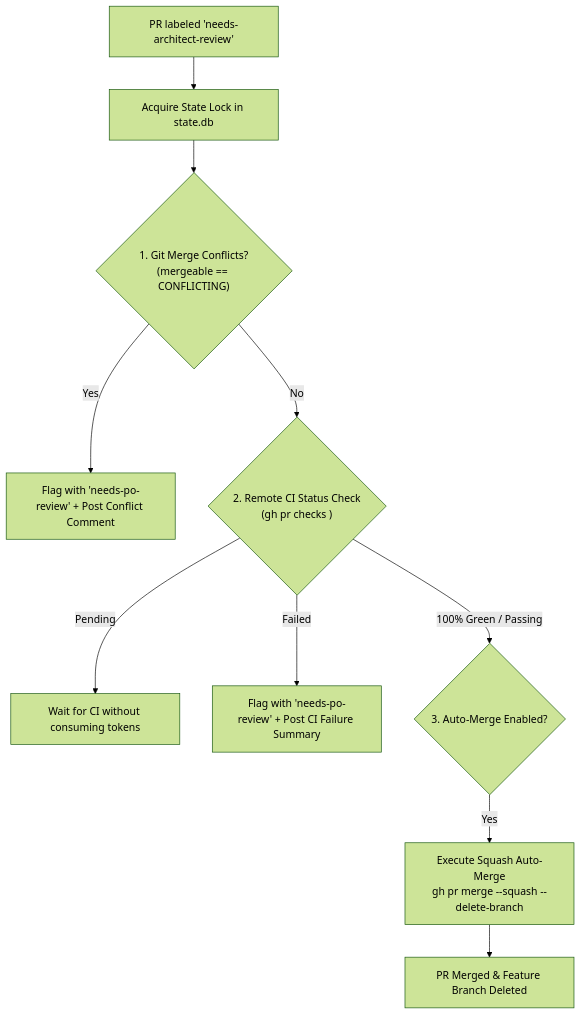
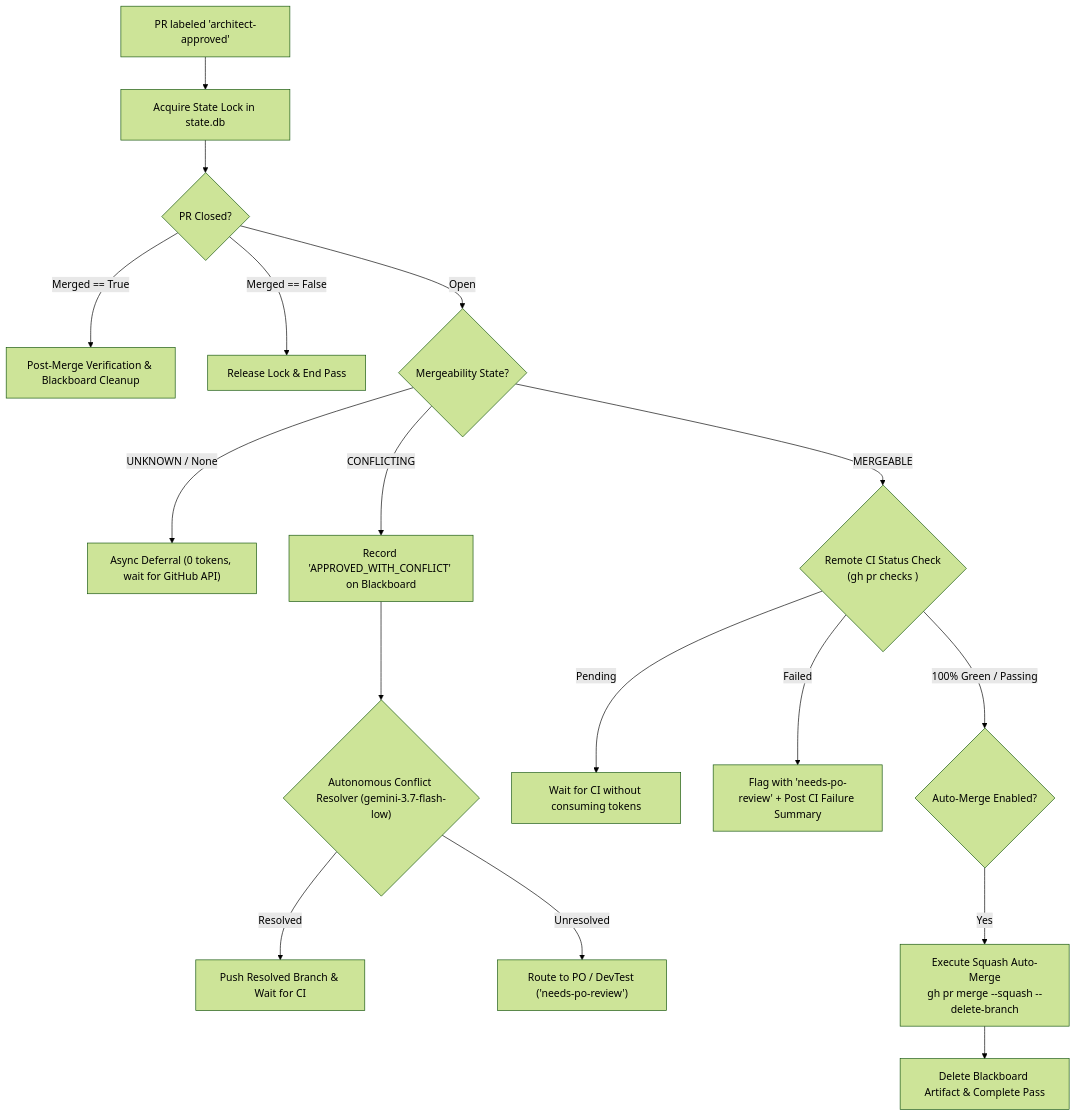
One commit to AntaresAndBharani/graph-engineering changed the diagram in docs/node-reviewer.md. Above: the diagram before and after it, drawn with Mermaid (forest theme). The commit also changed other lines of this file and 8 other files, not shown here.

Commit message:
feat(blackboard): implement decoupled artifact blackboard architecture

````diff
--- a/docs/node-reviewer.md
+++ b/docs/node-reviewer.md
@@ -11,15 +11,24 @@
 ```mermaid
 flowchart TD
-    Trigger["PR labeled 'needs-architect-review'"] --> Lock["Acquire State Lock in state.db"]
+    Trigger["PR labeled 'architect-approved'"] --> Lock["Acquire State Lock in state.db"]
     
-    Lock --> Conflict{"1. Git Merge Conflicts?\n(mergeable == CONFLICTING)"}
-    Conflict -->|Yes| FlagConflict["Flag with 'needs-po-review' + Post Conflict Comment"]
+    Lock --> CheckClosed{"PR Closed?"}
+    CheckClosed -->|Merged == True| CleanBB["Post-Merge Verification & Blackboard Cleanup"]
+    CheckClosed -->|Merged == False| Unlock["Release Lock & End Pass"]
     
-    Conflict -->|No| CI{"2. Remote CI Status Check\n(gh pr checks <pr>)"}
+    CheckClosed -->|Open| CheckMergeable{"Mergeability State?"}
+    CheckMergeable -->|UNKNOWN / None| Defer["Async Deferral (0 tokens, wait for GitHub API)"]
+    
+    CheckMergeable -->|CONFLICTING| RecordBB["Record 'APPROVED_WITH_CONFLICT' on Blackboard"]
+    RecordBB --> AutoResolve{"Autonomous Conflict Resolver (gemini-3.7-flash-low)"}
+    AutoResolve -->|Resolved| PushCI["Push Resolved Branch & Wait for CI"]
+    AutoResolve -->|Unresolved| RoutePO["Route to PO / DevTest ('needs-po-review')"]
+    
+    CheckMergeable -->|MERGEABLE| CI{"Remote CI Status Check\n(gh pr checks <pr>)"}
     CI -->|Pending| Wait["Wait for CI without consuming tokens"]
     CI -->|Failed| FlagCI["Flag with 'needs-po-review' + Post CI Failure Summary"]
-    CI -->|100% Green / Passing| Merge{"3. Auto-Merge Enabled?"}
+    CI -->|100% Green / Passing| Merge{"Auto-Merge Enabled?"}
     
     Merge -->|Yes| Squash["Execute Squash Auto-Merge\ngh pr merge --squash --delete-branch"]
-    Squash --> Done["PR Merged & Feature Branch Deleted"]
+    Squash --> DeleteBB["Delete Blackboard Artifact & Complete Pass"]
 ```
````
